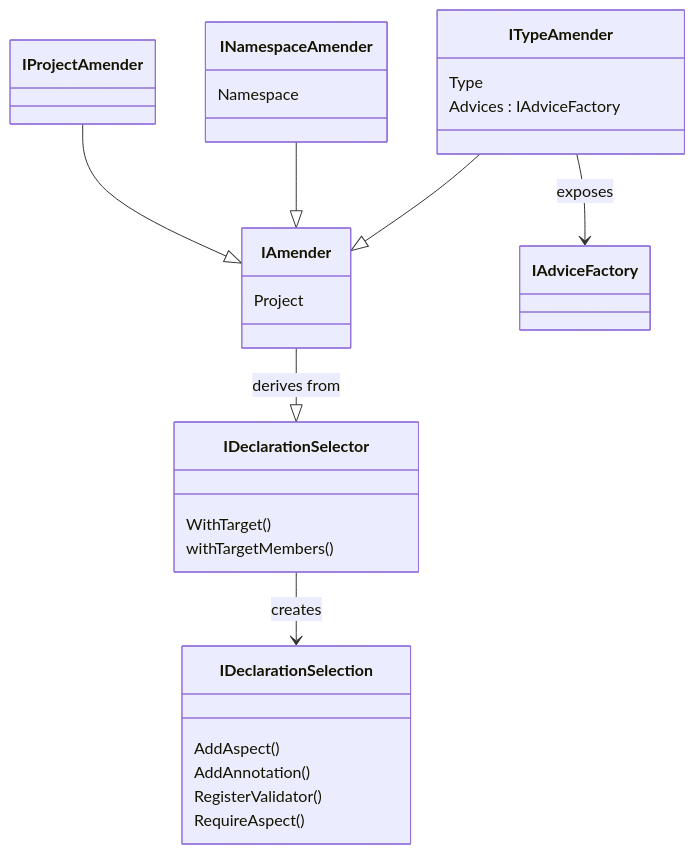
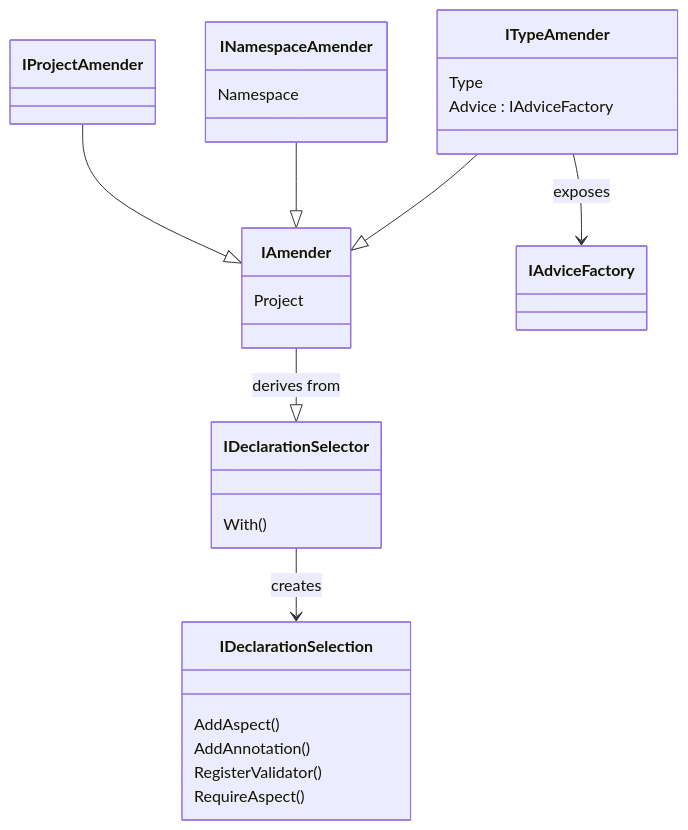
Before and after one commit to postsharp/Metalama.Documentation: the second of 2 diagrams in docfx/namespaces/Metalama.Framework.Fabrics.md, drawn with Mermaid. The commit also changed 34 other files, not shown here.

````diff
--- a/docfx/namespaces/Metalama.Framework.Fabrics.md
+++ b/docfx/namespaces/Metalama.Framework.Fabrics.md
@@ -63,46 +63,45 @@
 ```mermaid
 classDiagram
 
     
     class IAmender {
         Project
     }
 
     class IDeclarationSelector {
-        WithTarget()
-        withTargetMembers()
+        With()
     }
 
     IAmender --|> IDeclarationSelector : derives from
 
     class IDeclarationSelection {
         AddAspect()
         AddAnnotation()
         RegisterValidator()
         RequireAspect()
     }
 
     IDeclarationSelector --> IDeclarationSelection : creates
 
     class IProjectAmender {
 
     }
 
     IProjectAmender --|> IAmender
     INamespaceAmender --|> IAmender
     ITypeAmender --|> IAmender
 
     class INamespaceAmender  {
         Namespace
     }
 
     class ITypeAmender  {
         Type
-        Advices : IAdviceFactory
+        Advice : IAdviceFactory
     }
 
     ITypeAmender --> IAdviceFactory : exposes
 
 
 
 ```
````
